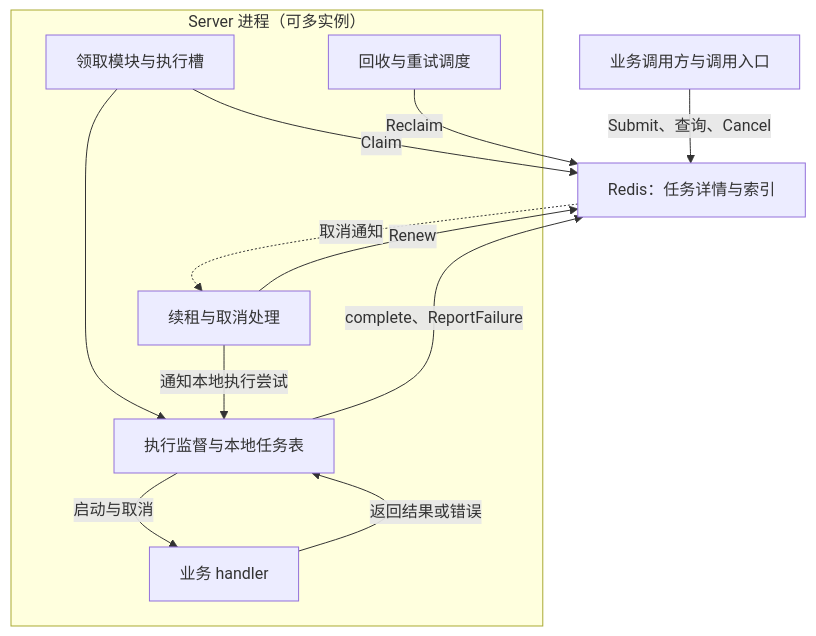
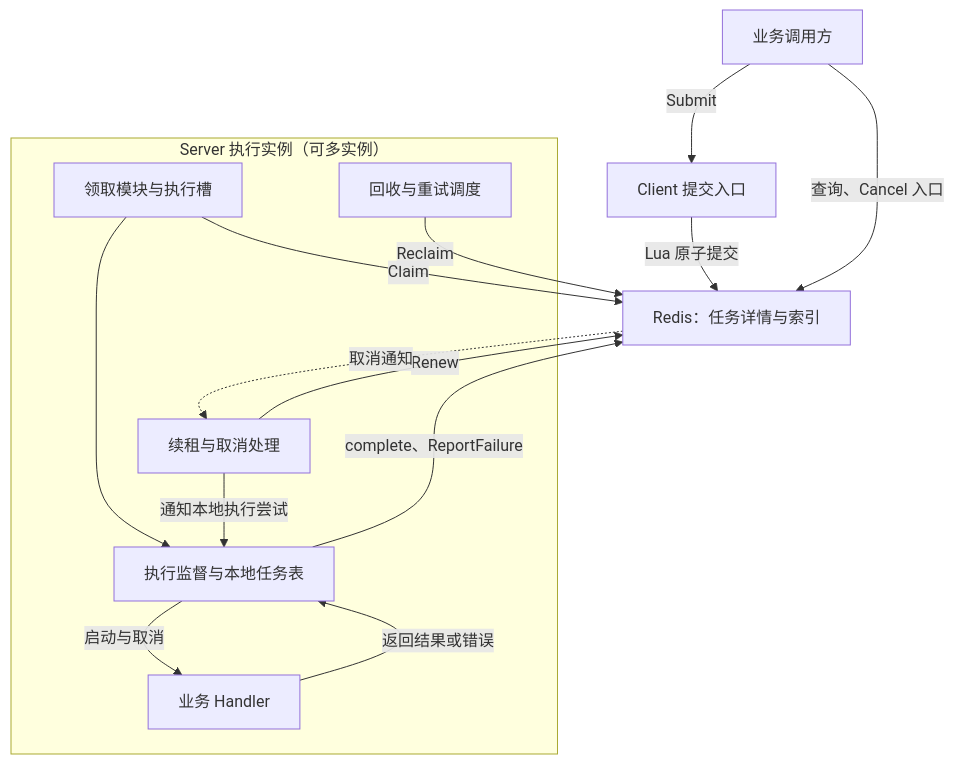
One commit to wang-kang-tuoinai/TaskHarbor changed the diagram in docs/项目概览.md. Above: the diagram before and after it, drawn with Mermaid. The commit also changed other lines of this file and 11 other files, not shown here.

Commit message:
feat: 实现 Client Submit 并同步项目文档

````diff
--- a/docs/项目概览.md
+++ b/docs/项目概览.md
@@ -66,22 +58,25 @@
 ```mermaid
 flowchart TB
-    C["业务调用方与调用入口"]
+    C["业务调用方"]
+    P["Client 提交入口"]
     R["Redis：任务详情与索引"]
-    subgraph S["Server 进程（可多实例）"]
+    subgraph S["Server 执行实例（可多实例）"]
         L["领取模块与执行槽"]
         E["执行监督与本地任务表"]
-        H["业务 handler"]
+        H["业务 Handler"]
         N["续租与取消处理"]
         Q["回收与重试调度"]
         L --> E
         E -->|启动与取消| H
         H -->|返回结果或错误| E
         N -->|通知本地执行尝试| E
     end
-    C -->|Submit、查询、Cancel| R
+    C -->|Submit| P
+    P -->|Lua 原子提交| R
+    C -->|查询、Cancel 入口| R
     L -->|Claim| R
     E -->|complete、ReportFailure| R
     N -->|Renew| R
     R -.->|取消通知| N
     Q -->|Reclaim| R
 ```
````
